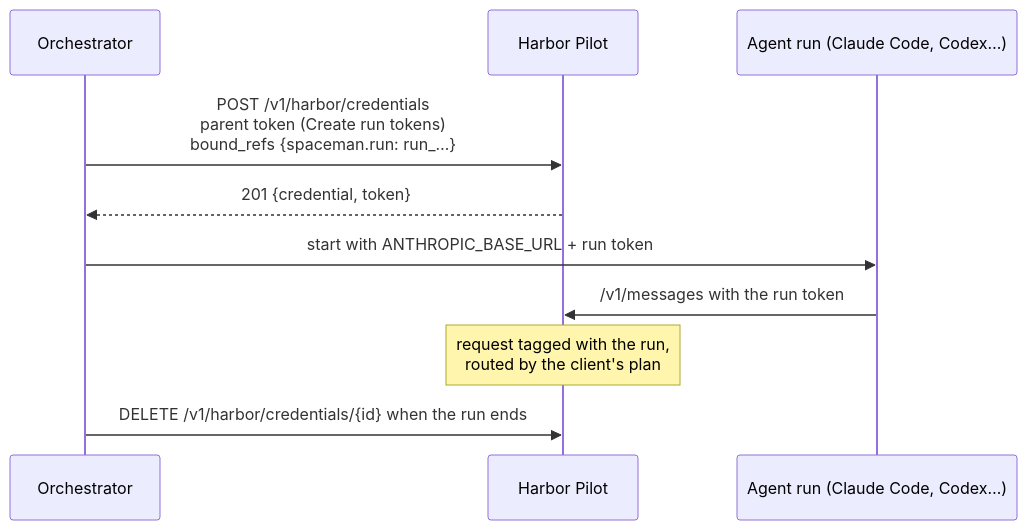
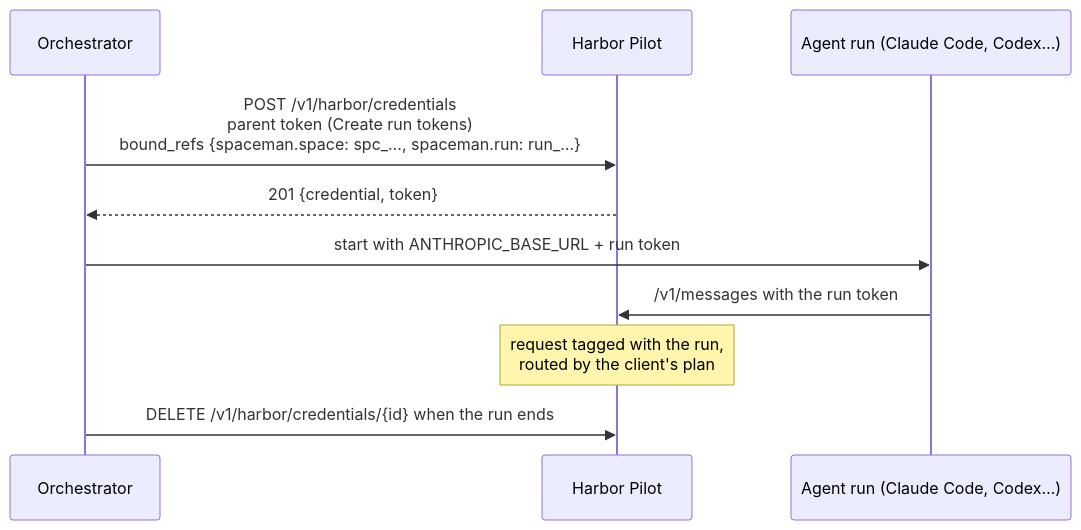
The diagram in site/tools/orchestrators.md (aurimasniekis/go-harbor-pilot), drawn with Mermaid before and after one commit. The commit also changed other lines of this file and 18 other files, not shown here.

````diff
--- a/site/tools/orchestrators.md
+++ b/site/tools/orchestrators.md
@@ -15,12 +16,12 @@
 ```mermaid
 sequenceDiagram
   participant O as Orchestrator
   participant HP as Harbor Pilot
   participant A as Agent run (Claude Code, Codex…)
-  O->>HP: POST /v1/harbor/credentials<br/>parent token (Create run tokens)<br/>bound_refs {spaceman.run: run_…}
+  O->>HP: POST /v1/harbor/credentials<br/>parent token (Create run tokens)<br/>bound_refs {spaceman.space: spc_…, spaceman.run: run_…}
   HP-->>O: 201 {credential, token}
   O->>A: start with ANTHROPIC_BASE_URL + run token
   A->>HP: /v1/messages with the run token
   Note over HP: request tagged with the run,<br/>routed by the client's plan
   O->>HP: DELETE /v1/harbor/credentials/{id} when the run ends
 ```
````
